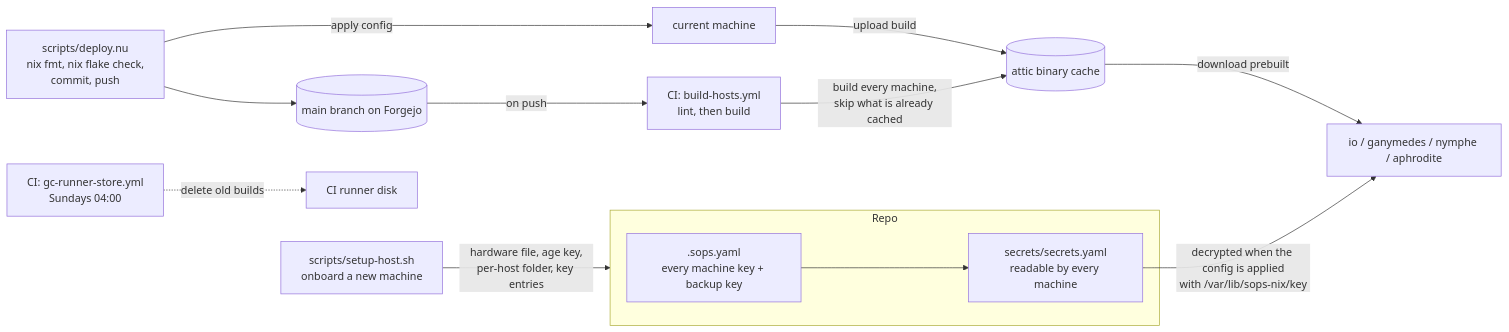
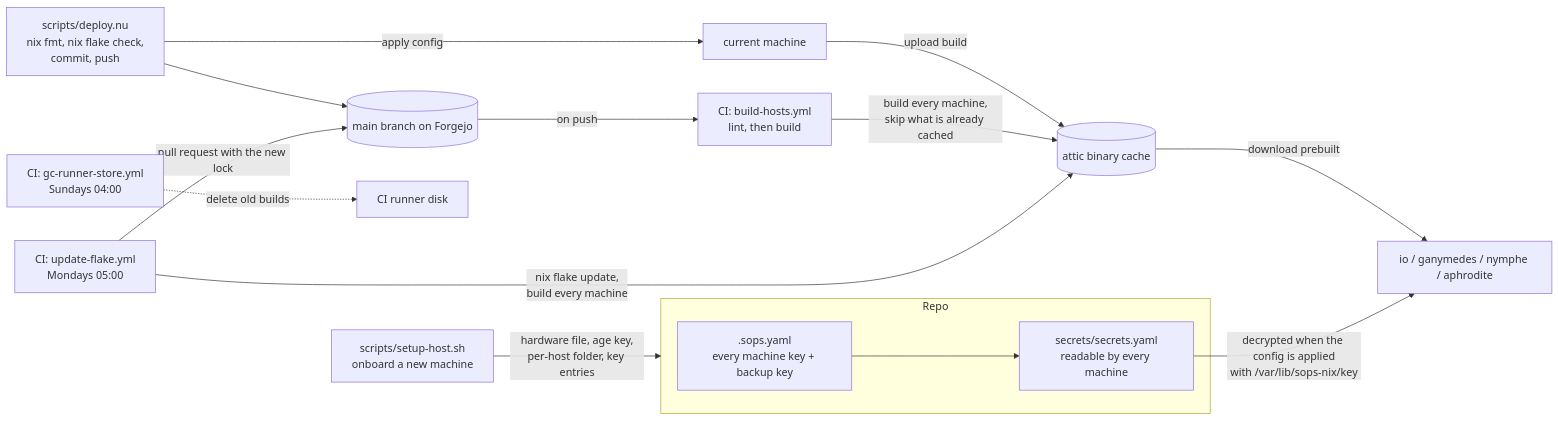
One commit to 68656c6c/celestial changed the second of 2 diagrams in docs/structure.md. Above: the diagram before and after it, drawn with Mermaid. The commit also changed other lines of this file and 2 other files, not shown here.

Commit message:
ci: weekly flake.lock update that builds every host and opens a pull request
update-flake.yml runs nix flake update on Mondays, exits when nothing
changed, otherwise lints, builds and caches every host and pushes the new
lock to update/flake-lock with a pull request against main. A failed build
means no pull request.

````diff
--- a/docs/structure.md
+++ b/docs/structure.md
@@ -144,21 +144,23 @@
 ```mermaid
 flowchart LR
     subgraph repo["Repo"]
         sopscfg[".sops.yaml<br/>every machine key + backup key"]
         secrets["secrets/secrets.yaml<br/>readable by every machine"]
         sopscfg --> secrets
     end
 
     setup["scripts/setup-host.sh<br/>onboard a new machine"] -->|"hardware file, age key,<br/>per-host folder, key entries"| repo
 
     deploy["scripts/deploy.nu<br/>nix fmt, nix flake check,<br/>commit, push"] --> main[("main branch on Forgejo")]
     deploy -->|"apply config"| local["current machine"]
     local -->|"upload build"| attic[("attic binary cache")]
 
     main -->|"on push"| ci["CI: build-hosts.yml<br/>lint, then build"]
     ci -->|"build every machine,<br/>skip what is already cached"| attic
     gc["CI: gc-runner-store.yml<br/>Sundays 04:00"] -.->|"delete old builds"| runner["CI runner disk"]
+    upd["CI: update-flake.yml<br/>Mondays 05:00"] -->|"nix flake update,<br/>build every machine"| attic
+    upd -->|"pull request with the new lock"| main
 
     attic -->|"download prebuilt"| hostsbox["io / ganymedes / nymphe / aphrodite"]
     secrets -->|"decrypted when the config is applied<br/>with /var/lib/sops-nix/key"| hostsbox
 ```
````
